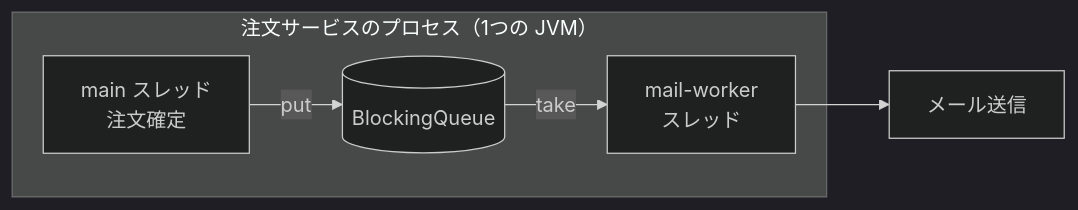
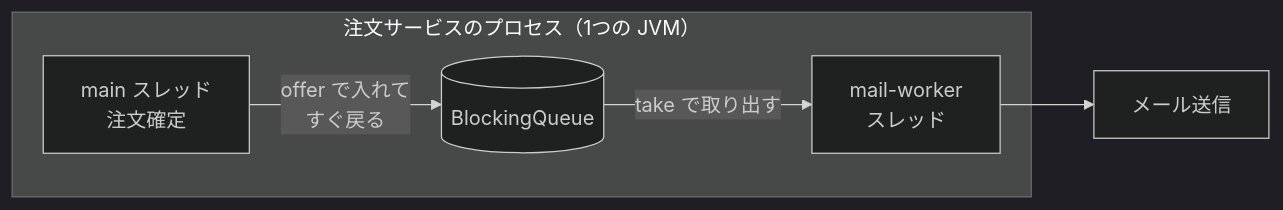
The second of 5 diagrams in chapters/02-async-alternatives.md (t-inoue0214/starter-web-async), drawn with Mermaid (dark theme) before and after one commit. The commit also changed other lines of this file and 96 other files, not shown here.

````diff
--- a/chapters/02-async-alternatives.md
+++ b/chapters/02-async-alternatives.md
@@ -220,8 +71,8 @@
 ```mermaid
 flowchart LR
     subgraph JVM["注文サービスのプロセス（1つの JVM）"]
-        MAIN[main スレッド<br>注文確定] -->|"put"| Q[(BlockingQueue)]
-        Q -->|"take"| W[mail-worker<br>スレッド]
+        MAIN[main スレッド<br>注文確定] -->|"offer で入れて<br>すぐ戻る"| Q[(BlockingQueue)]
+        Q -->|"take で取り出す"| W[mail-worker<br>スレッド]
     end
     W --> MAIL[メール送信]
 ```
````
